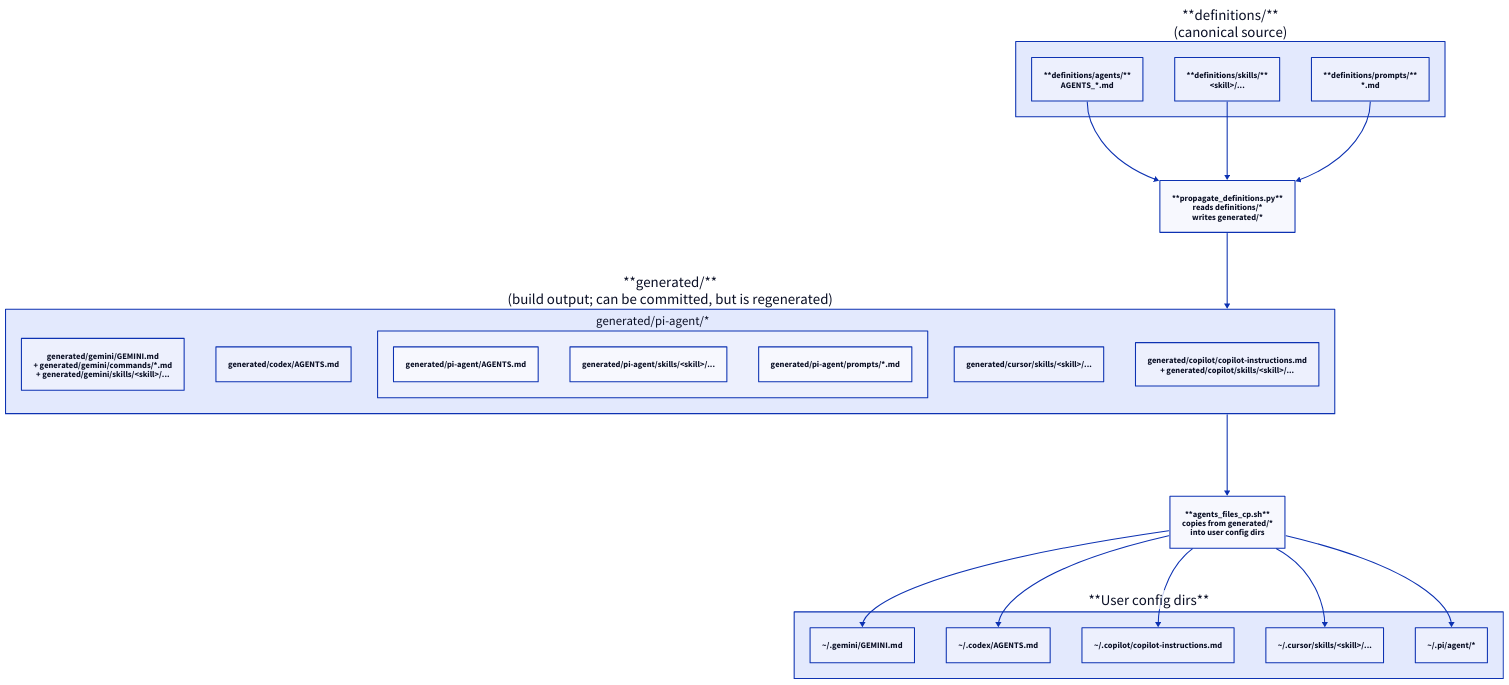
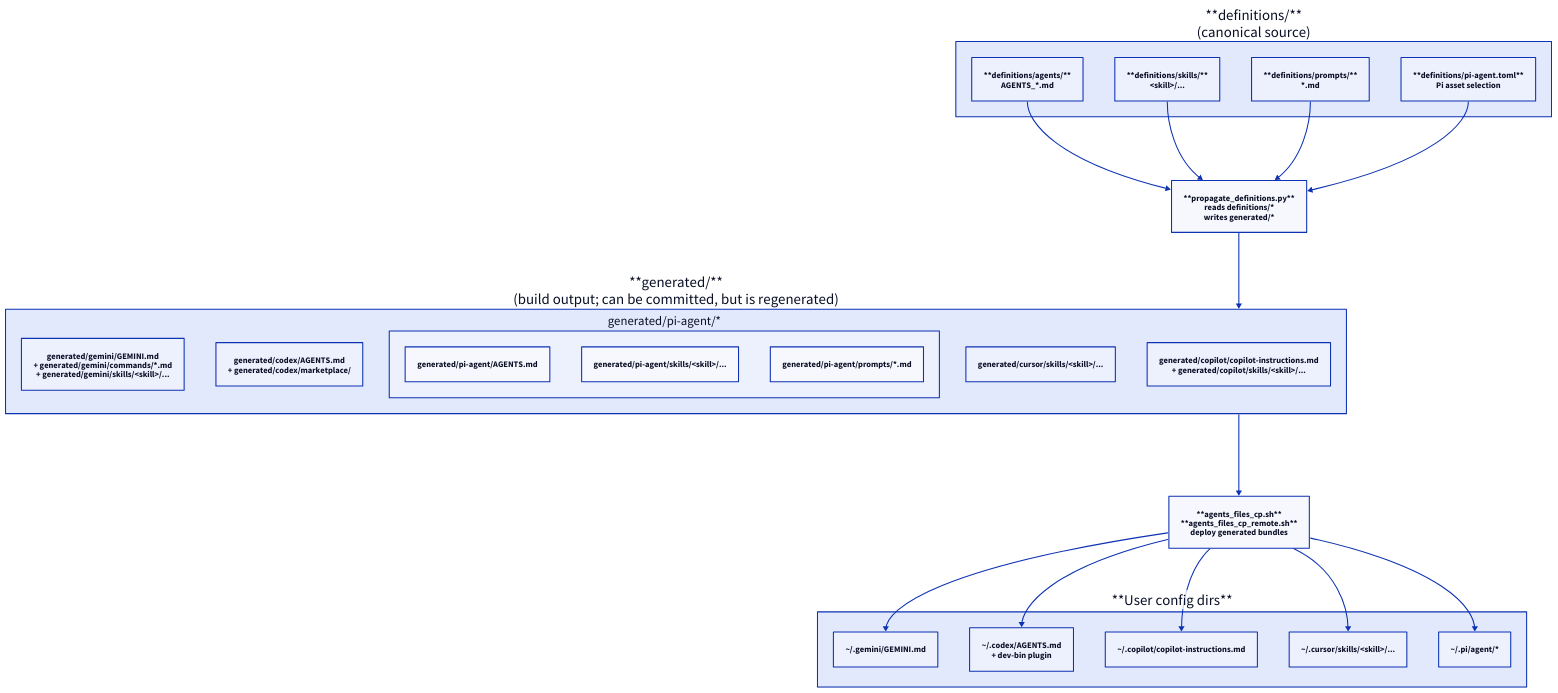
The diagram in data-dir-agents/definitions/propagation.d2 (cgint/dev-bin), drawn with D2 before and after one commit. The commit also changed 427 other files, not shown here.

Commit message:
Remove pi-profile, make minimal the single Pi config, and add Codex plugin rollout

```diff
--- a/data-dir-agents/definitions/propagation.d2
+++ b/data-dir-agents/definitions/propagation.d2
@@ -1,52 +1,54 @@
 direction: down
 
 Definitions: {
   label: "**definitions/**\n(canonical source)"
 
   Agents: "**definitions/agents/**\nAGENTS_*.md"
   Skills: "**definitions/skills/**\n<skill>/..."
+  PiManifest: "**definitions/pi-agent.toml**\nPi asset selection"
   Prompts: "**definitions/prompts/**\n*.md"
 }
 
 Generator: "**propagate_definitions.py**\nreads definitions/*\nwrites generated/*"
 
 Generated: {
   label: "**generated/**\n(build output; can be committed, but is regenerated)"
 
   Gemini: "generated/gemini/GEMINI.md\n+ generated/gemini/commands/*.md\n+ generated/gemini/skills/<skill>/..."
-  Codex: "generated/codex/AGENTS.md"
+  Codex: "generated/codex/AGENTS.md\n+ generated/codex/marketplace/"
   Copilot: "generated/copilot/copilot-instructions.md\n+ generated/copilot/skills/<skill>/..."
   Cursor: "generated/cursor/skills/<skill>/..."
   PiAgent: {
     label: "generated/pi-agent/*"
     PiAgents: "generated/pi-agent/AGENTS.md"
     PiSkills: "generated/pi-agent/skills/<skill>/..."
     PiPrompts: "generated/pi-agent/prompts/*.md"
   }
 }
 
-Deployer: "**agents_files_cp.sh**\ncopies from generated/*\ninto user config dirs"
+Deployer: "**agents_files_cp.sh**\n**agents_files_cp_remote.sh**\ndeploy generated bundles"
 
 UserConfig: {
   label: "**User config dirs**"
 
   HomeGemini: "~/.gemini/GEMINI.md"
-  HomeCodex: "~/.codex/AGENTS.md"
+  HomeCodex: "~/.codex/AGENTS.md\n+ dev-bin plugin"
   HomeCopilot: "~/.copilot/copilot-instructions.md"
   HomeCursor: "~/.cursor/skills/<skill>/..."
   HomePi: "~/.pi/agent/*"
 }
 
 Definitions.Agents -> Generator
 Definitions.Skills -> Generator
 Definitions.Prompts -> Generator
+Definitions.PiManifest -> Generator
 
 Generator -> Generated
 
 Generated -> Deployer
 
 Deployer -> UserConfig.HomeGemini
 Deployer -> UserConfig.HomeCodex
 Deployer -> UserConfig.HomeCopilot
 Deployer -> UserConfig.HomeCursor
 Deployer -> UserConfig.HomePi
```
